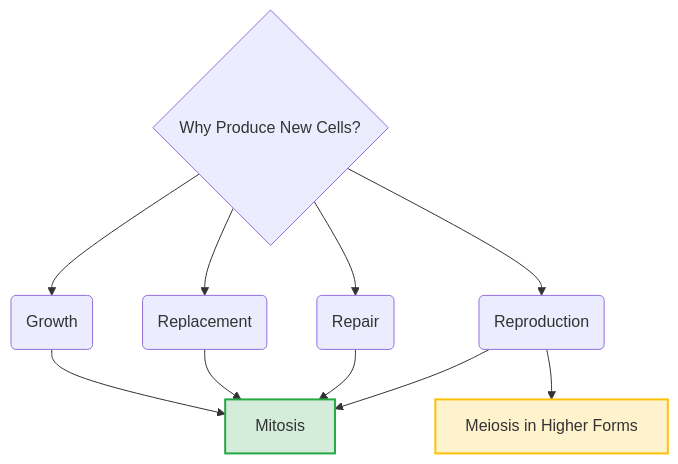
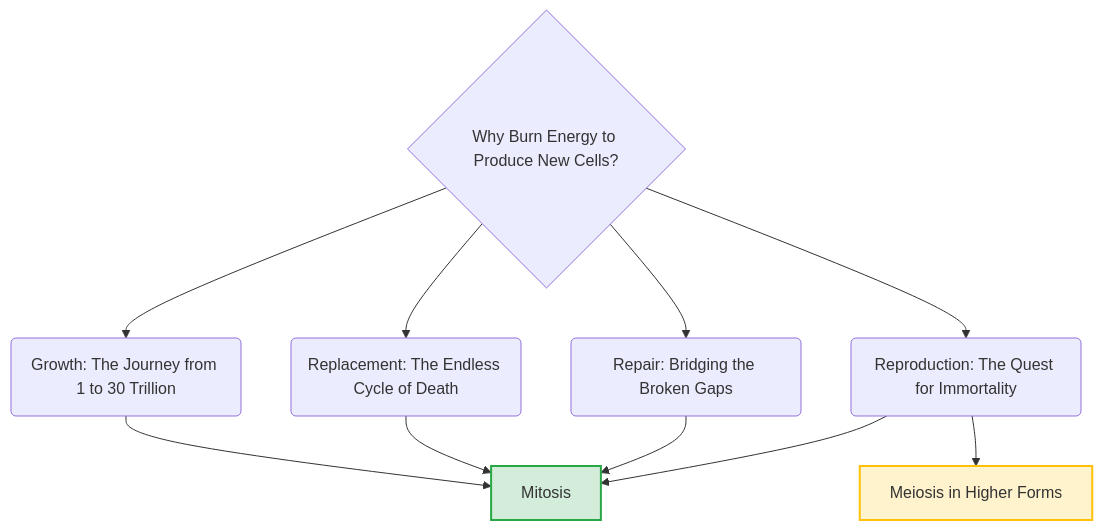
One commit to naveengarla/icse-10th-biology changed the diagram in Chapter_02_Tutorial/2.5_New_Cells_Need_To_Be_Produced.md. Above: the diagram before and after it, drawn with Mermaid. The commit also changed other lines of this file and 7 other files, not shown here.

````diff
--- a/Chapter_02_Tutorial/2.5_New_Cells_Need_To_Be_Produced.md
+++ b/Chapter_02_Tutorial/2.5_New_Cells_Need_To_Be_Produced.md
@@ -9,17 +9,17 @@
 ```mermaid
 graph TD
-    A{Why Produce New Cells?} --> B(Growth)
-    A --> C(Replacement)
-    A --> D(Repair)
-    A --> E(Reproduction)
+    A{Why Burn Energy to Produce New Cells?} --> B(Growth: The Journey from 1 to 30 Trillion)
+    A --> C(Replacement: The Endless Cycle of Death)
+    A --> D(Repair: Bridging the Broken Gaps)
+    A --> E(Reproduction: The Quest for Immortality)
     
     B --> F[Mitosis]
     C --> F
     D --> F
     
     E --> G[Meiosis in Higher Forms]
     E --> F
     
     style F fill:#d4edda,stroke:#28a745,stroke-width:2px
     style G fill:#fff3cd,stroke:#ffc107,stroke-width:2px
 ```
````
